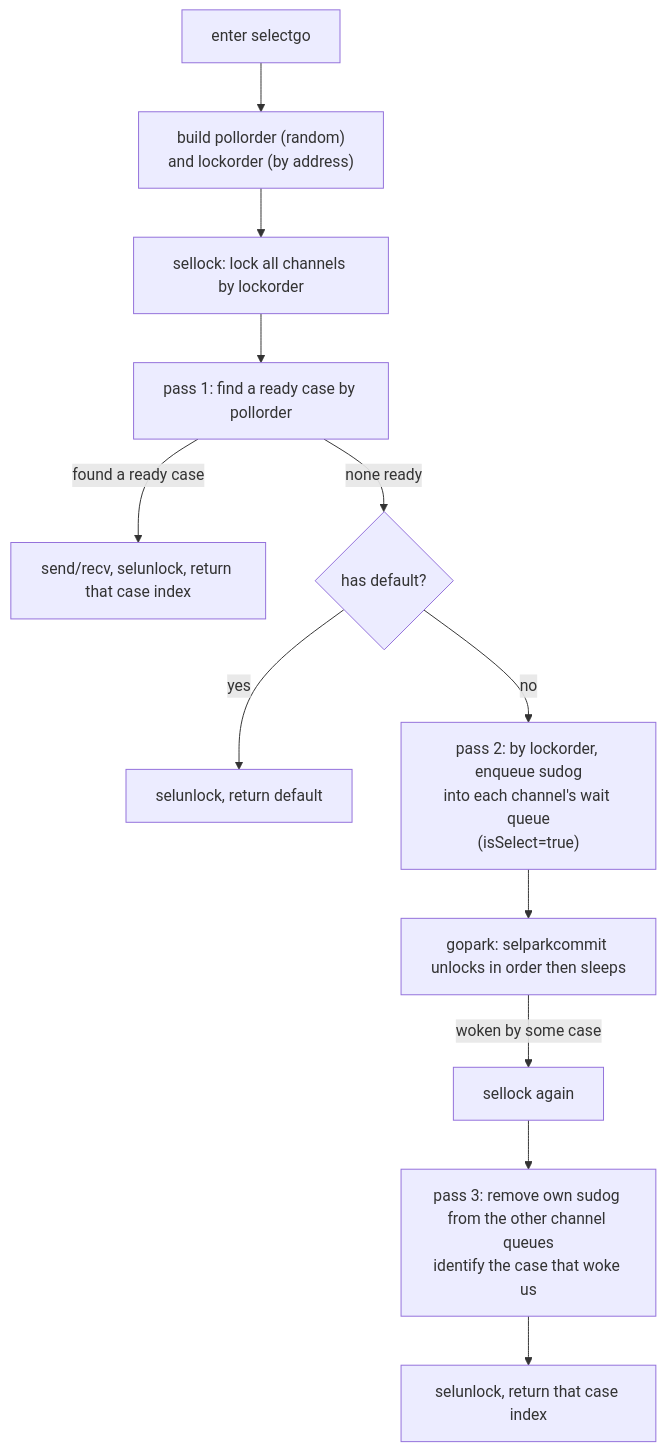
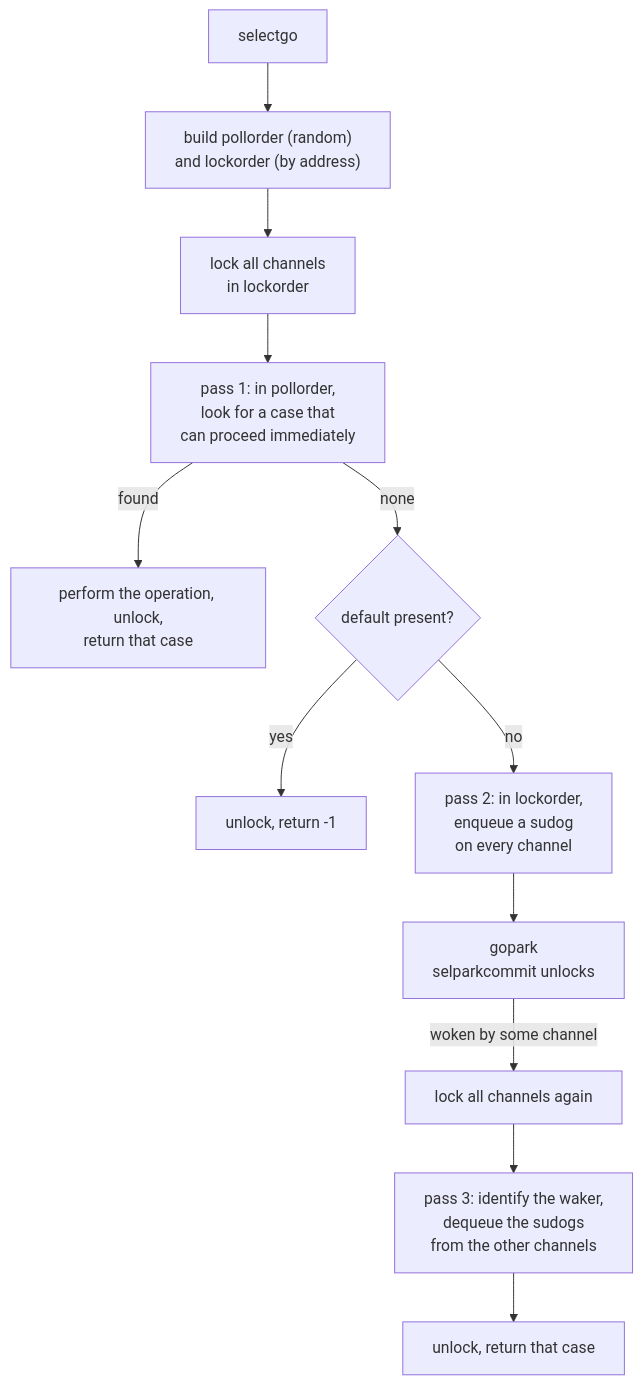
The diagram in book/en-us/part3concurrency/ch10chan/select.md (golang-design/under-the-hood), drawn with Mermaid before and after one commit. The commit also changed other lines of this file and 30 other files, not shown here.

````diff
--- a/book/en-us/part3concurrency/ch10chan/select.md
+++ b/book/en-us/part3concurrency/ch10chan/select.md
@@ -213,14 +323,14 @@
 ```mermaid
 flowchart TD
-    START["enter selectgo"] --> BUILD["build pollorder (random)<br/>and lockorder (by address)"]
-    BUILD --> LOCK["sellock: lock all channels by lockorder"]
-    LOCK --> P1["pass 1: find a ready case by pollorder"]
-    P1 -->|found a ready case| DO["send/recv, selunlock, return that case index"]
-    P1 -->|none ready| HASDEF{has default?}
-    HASDEF -->|yes| DEF["selunlock, return default"]
-    HASDEF -->|no| P2["pass 2: by lockorder, enqueue sudog<br/>into each channel's wait queue<br/>(isSelect=true)"]
-    P2 --> PARK["gopark: selparkcommit unlocks in order then sleeps"]
-    PARK -->|woken by some case| RELOCK["sellock again"]
-    RELOCK --> P3["pass 3: remove own sudog from the other channel queues<br/>identify the case that woke us"]
-    P3 --> DO2["selunlock, return that case index"]
+    START["selectgo"] --> BUILD["build pollorder (random)<br/>and lockorder (by address)"]
+    BUILD --> LOCK["lock all channels<br/>in lockorder"]
+    LOCK --> P1["pass 1: in pollorder,<br/>look for a case that<br/>can proceed immediately"]
+    P1 -->|found| DO["perform the operation, unlock,<br/>return that case"]
+    P1 -->|none| HASDEF{"default present?"}
+    HASDEF -->|yes| DEF["unlock, return -1"]
+    HASDEF -->|no| P2["pass 2: in lockorder,<br/>enqueue a sudog<br/>on every channel"]
+    P2 --> PARK["gopark<br/>selparkcommit unlocks"]
+    PARK -->|woken by some channel| RELOCK["lock all channels again"]
+    RELOCK --> P3["pass 3: identify the waker,<br/>dequeue the sudogs<br/>from the other channels"]
+    P3 --> DO2["unlock, return that case"]
 ```
````
